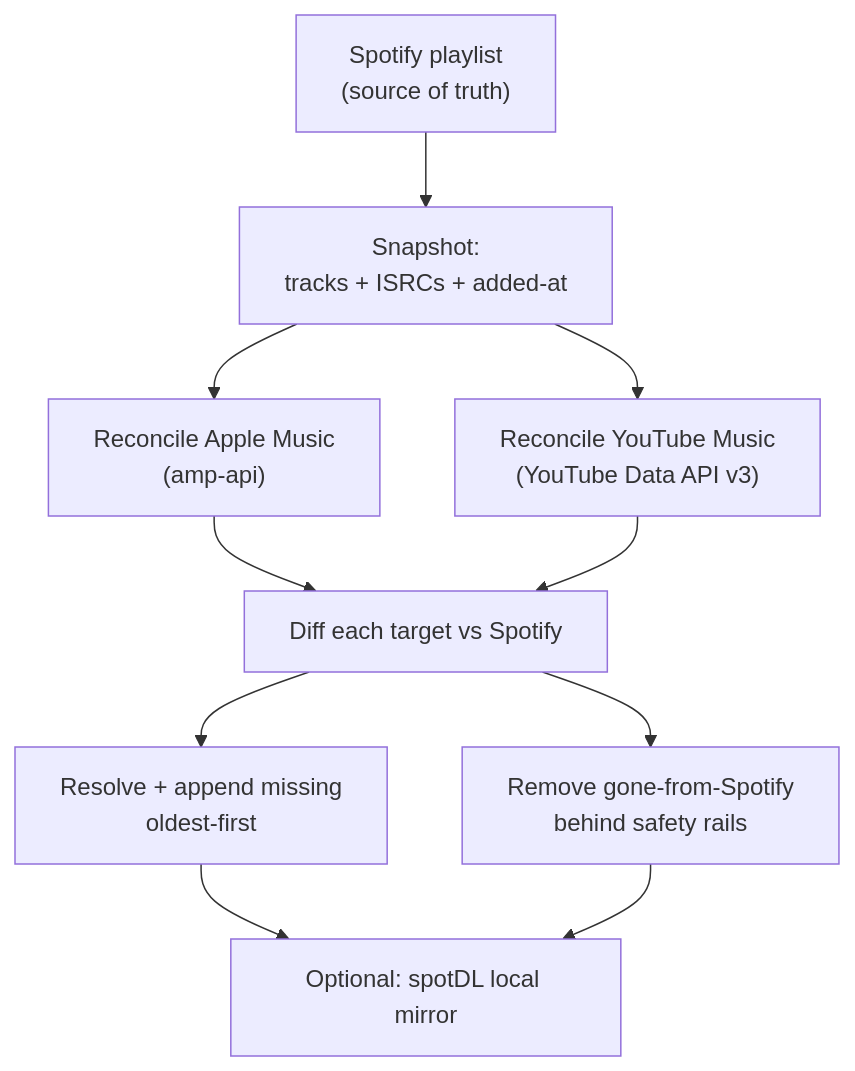
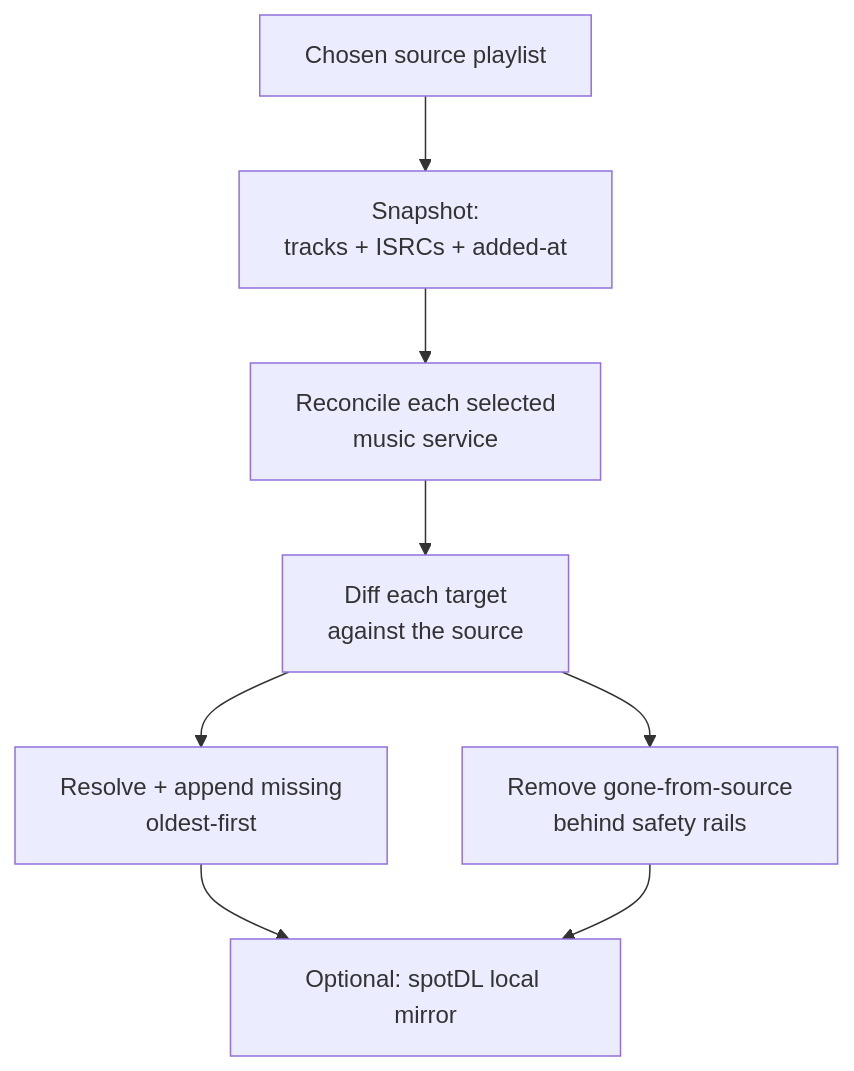
One commit to ahnafnafee/ahnafnafee.dev changed the diagram in src/data/blog/songmirror-playlist-sync.mdx. Above: the diagram before and after it, drawn with Mermaid. The commit also changed other lines of this file and 16 other files, not shown here.

````diff
--- a/src/data/blog/songmirror-playlist-sync.mdx
+++ b/src/data/blog/songmirror-playlist-sync.mdx
@@ -156,12 +161,10 @@
 ```mermaid
 graph TD
-    S["Spotify playlist<br/>(source of truth)"] --> SNAP["Snapshot:<br/>tracks + ISRCs + added-at"]
-    SNAP --> A["Reconcile Apple Music<br/>(amp-api)"]
-    SNAP --> Y["Reconcile YouTube Music<br/>(YouTube Data API v3)"]
-    A --> DIFF["Diff each target vs Spotify"]
-    Y --> DIFF
+    S["Chosen source playlist"] --> SNAP["Snapshot:<br/>tracks + ISRCs + added-at"]
+    SNAP --> T["Reconcile each selected<br/>music service"]
+    T --> DIFF["Diff each target<br/>against the source"]
     DIFF --> ADD["Resolve + append missing<br/>oldest-first"]
-    DIFF --> REM["Remove gone-from-Spotify<br/>behind safety rails"]
+    DIFF --> REM["Remove gone-from-source<br/>behind safety rails"]
     ADD --> DL["Optional: spotDL local mirror"]
     REM --> DL
 ```
````
